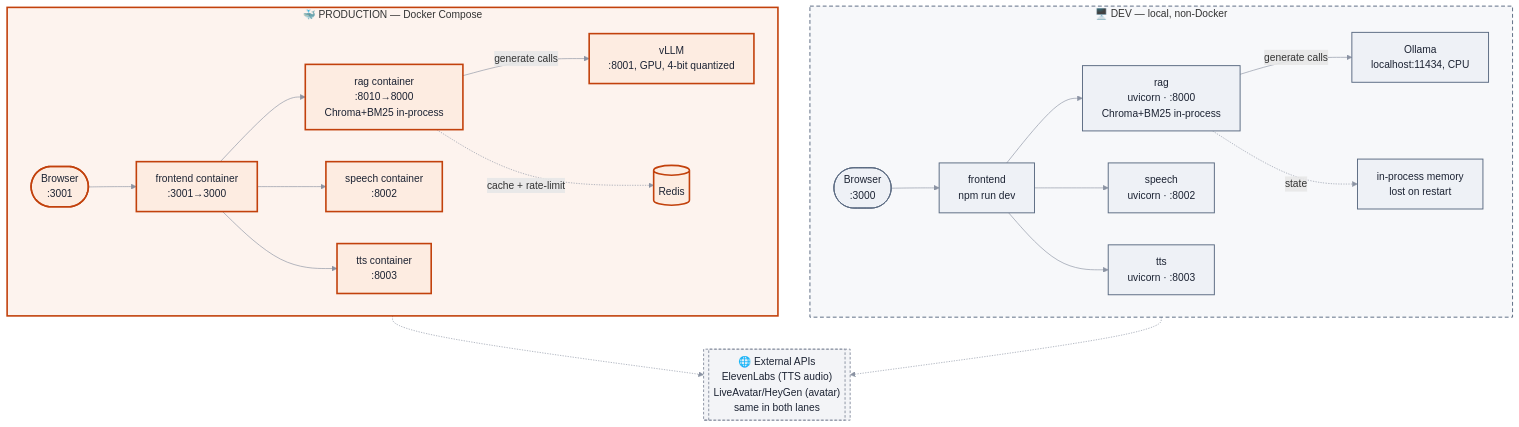
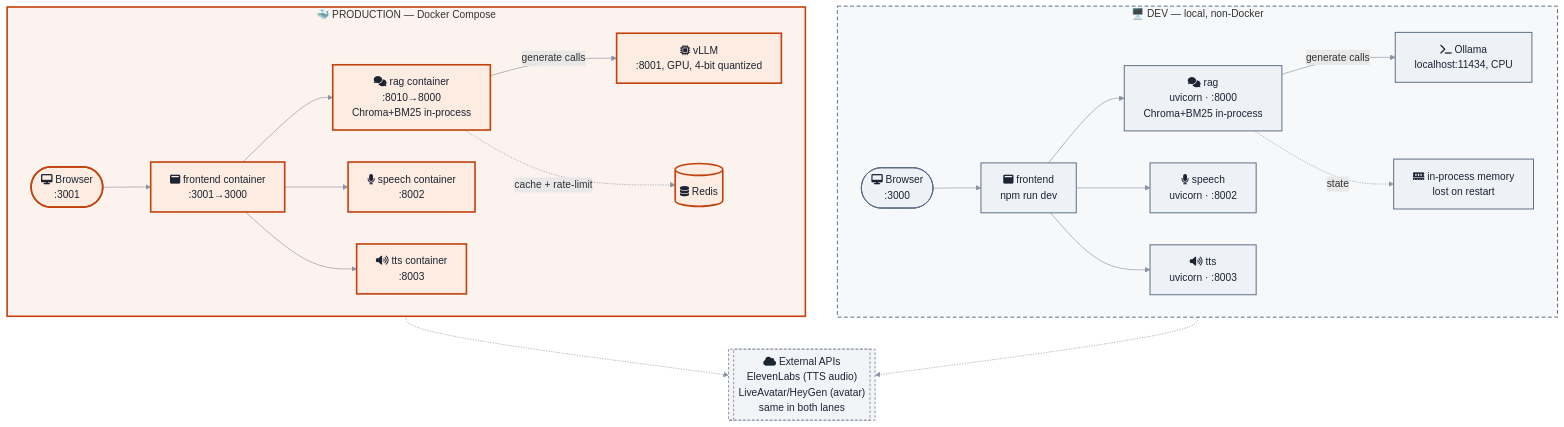
The first of 2 diagrams in README.md (rameshMonika/Migrant-buddy), drawn with Mermaid before and after one commit. The commit also changed other lines of this file and 2 other files, not shown here.

````diff
--- a/README.md
+++ b/README.md
@@ -97,40 +102,40 @@
 ```mermaid
 %%{init: {"themeVariables": {"lineColor": "#8b93a3", "fontFamily": "ui-monospace, Consolas, monospace"}}}%%
 flowchart TB
     subgraph DEV["🖥️ DEV — local, non-Docker"]
         direction LR
-        UD([Browser<br/>:3000]) --> FD[frontend<br/>npm run dev]
-        FD --> RD["rag<br/>uvicorn · :8000<br/>Chroma+BM25 in-process"]
-        FD --> SD[speech<br/>uvicorn · :8002]
-        FD --> TD[tts<br/>uvicorn · :8003]
-        RD -->|generate calls| OD[Ollama<br/>localhost:11434, CPU]
-        RD -.state.-> MD[in-process memory<br/>lost on restart]
+        UD([fa:fa-desktop Browser<br/>:3000]) --> FD[fa:fa-window-maximize frontend<br/>npm run dev]
+        FD --> RD["fa:fa-comments rag<br/>uvicorn · :8000<br/>Chroma+BM25 in-process"]
+        FD --> SD[fa:fa-microphone speech<br/>uvicorn · :8002]
+        FD --> TD[fa:fa-volume-up tts<br/>uvicorn · :8003]
+        RD -->|generate calls| OD[fa:fa-terminal Ollama<br/>localhost:11434, CPU]
+        RD -.state.-> MD[fa:fa-memory in-process memory<br/>lost on restart]
     end
 
     subgraph PROD["🐳 PRODUCTION — Docker Compose"]
         direction LR
-        UP([Browser<br/>:3001]) --> FP[frontend container<br/>:3001→3000]
-        FP --> RP["rag container<br/>:8010→8000<br/>Chroma+BM25 in-process"]
-        FP --> SP[speech container<br/>:8002]
-        FP --> TP[tts container<br/>:8003]
-        RP -->|generate calls| VP[vLLM<br/>:8001, GPU, 4-bit quantized]
-        RP -.cache + rate-limit.-> REDIS[(Redis)]
+        UP([fa:fa-desktop Browser<br/>:3001]) --> FP[fa:fa-window-maximize frontend container<br/>:3001→3000]
+        FP --> RP["fa:fa-comments rag container<br/>:8010→8000<br/>Chroma+BM25 in-process"]
+        FP --> SP[fa:fa-microphone speech container<br/>:8002]
+        FP --> TP[fa:fa-volume-up tts container<br/>:8003]
+        RP -->|generate calls| VP[fa:fa-microchip vLLM<br/>:8001, GPU, 4-bit quantized]
+        RP -.cache + rate-limit.-> REDIS[(fa:fa-database Redis)]
     end
 
-    EXT[["🌐 External APIs<br/>ElevenLabs (TTS audio)<br/>LiveAvatar/HeyGen (avatar)<br/>same in both lanes"]]
+    EXT[["fa:fa-cloud External APIs<br/>ElevenLabs (TTS audio)<br/>LiveAvatar/HeyGen (avatar)<br/>same in both lanes"]]
     TD -.-> EXT
     TP -.-> EXT
 
     classDef devNode fill:#eef1f6,stroke:#5b6b82,stroke-width:1.5px,color:#1c2333;
     classDef prodNode fill:#fdece1,stroke:#c2410c,stroke-width:2.5px,color:#1c2333;
     classDef extNode fill:#f3f4f7,stroke:#8b93a3,stroke-width:1.5px,stroke-dasharray:4 3,color:#1c2333;
     classDef devEndpoint fill:#5b6b82,stroke:#5b6b82,color:#ffffff;
     classDef prodEndpoint fill:#c2410c,stroke:#c2410c,color:#ffffff;
 
     class UD,FD,RD,SD,TD,OD,MD devNode;
     class UP,FP,RP,SP,TP,VP,REDIS prodNode;
     class EXT extNode;
 
     style DEV fill:#f7f8fa,stroke:#5b6b82,stroke-width:1.5px,stroke-dasharray:6 4;
     style PROD fill:#fdf3ee,stroke:#c2410c,stroke-width:2.5px;
 ```
````
